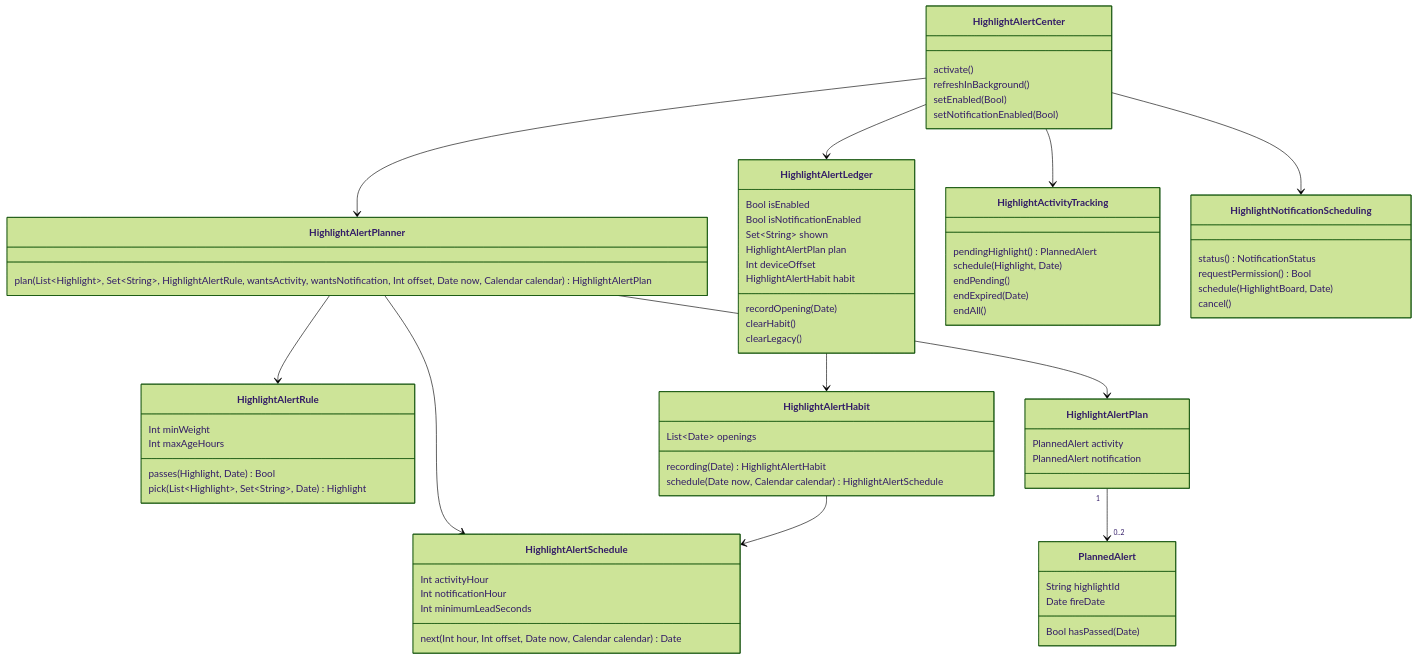
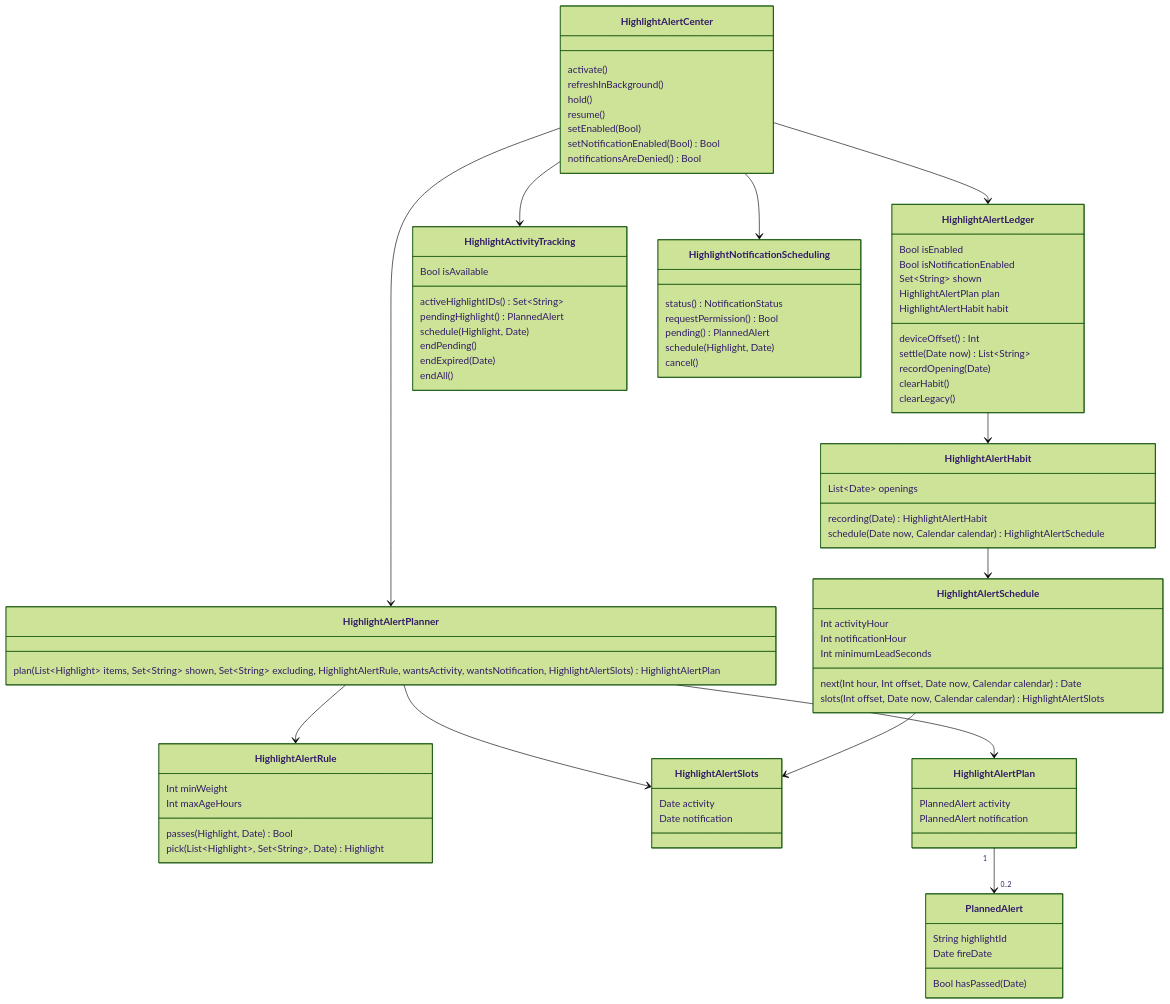
The diagram in spdd/prompt/FSC-020-202611042045-[Feat]-app-reads-only-from-cdn-and-local-alerts.md (byescaleira/fiscal), drawn with Mermaid (forest theme) before and after one commit. The commit also changed other lines of this file and 5 other files, not shown here.

```diff
--- a/spdd/prompt/FSC-020-202611042045-[Feat]-app-reads-only-from-cdn-and-local-alerts.md
+++ b/spdd/prompt/FSC-020-202611042045-[Feat]-app-reads-only-from-cdn-and-local-alerts.md
@@ -64,6 +64,11 @@
     Int notificationHour
     Int minimumLeadSeconds
     next(Int hour, Int offset, Date now, Calendar calendar) Date
+    slots(Int offset, Date now, Calendar calendar) HighlightAlertSlots
+  }
+  class HighlightAlertSlots {
+    Date activity
+    Date notification
   }
   class HighlightAlertPlan {
     PlannedAlert activity
@@ -75,7 +80,7 @@
     Bool hasPassed(Date)
   }
   class HighlightAlertPlanner {
-    plan(List~Highlight~, Set~String~, HighlightAlertRule, wantsActivity, wantsNotification, Int offset, Date now, Calendar calendar) HighlightAlertPlan
+    plan(List~Highlight~ items, Set~String~ shown, Set~String~ excluding, HighlightAlertRule, wantsActivity, wantsNotification, HighlightAlertSlots) HighlightAlertPlan
   }
   class HighlightAlertHabit {
     List~Date~ openings
@@ -87,13 +92,16 @@
     Bool isNotificationEnabled
     Set~String~ shown
     HighlightAlertPlan plan
-    Int deviceOffset
     HighlightAlertHabit habit
+    deviceOffset() Int
+    settle(Date now) List~String~
     recordOpening(Date)
     clearHabit()
     clearLegacy()
   }
   class HighlightActivityTracking {
+    Bool isAvailable
+    activeHighlightIDs() Set~String~
     pendingHighlight() PlannedAlert
     schedule(Highlight, Date)
     endPending()
@@ -103,17 +111,22 @@
   class HighlightNotificationScheduling {
     status() NotificationStatus
     requestPermission() Bool
-    schedule(HighlightBoard, Date)
+    pending() PlannedAlert
+    schedule(Highlight, Date)
     cancel()
   }
   class HighlightAlertCenter {
     activate()
     refreshInBackground()
+    hold()
+    resume()
     setEnabled(Bool)
-    setNotificationEnabled(Bool)
+    setNotificationEnabled(Bool) Bool
+    notificationsAreDenied() Bool
   }
   HighlightAlertPlanner --> HighlightAlertRule
-  HighlightAlertPlanner --> HighlightAlertSchedule
+  HighlightAlertPlanner --> HighlightAlertSlots
+  HighlightAlertSchedule --> HighlightAlertSlots
   HighlightAlertHabit --> HighlightAlertSchedule
   HighlightAlertLedger --> HighlightAlertHabit
   HighlightAlertPlanner --> HighlightAlertPlan
```
